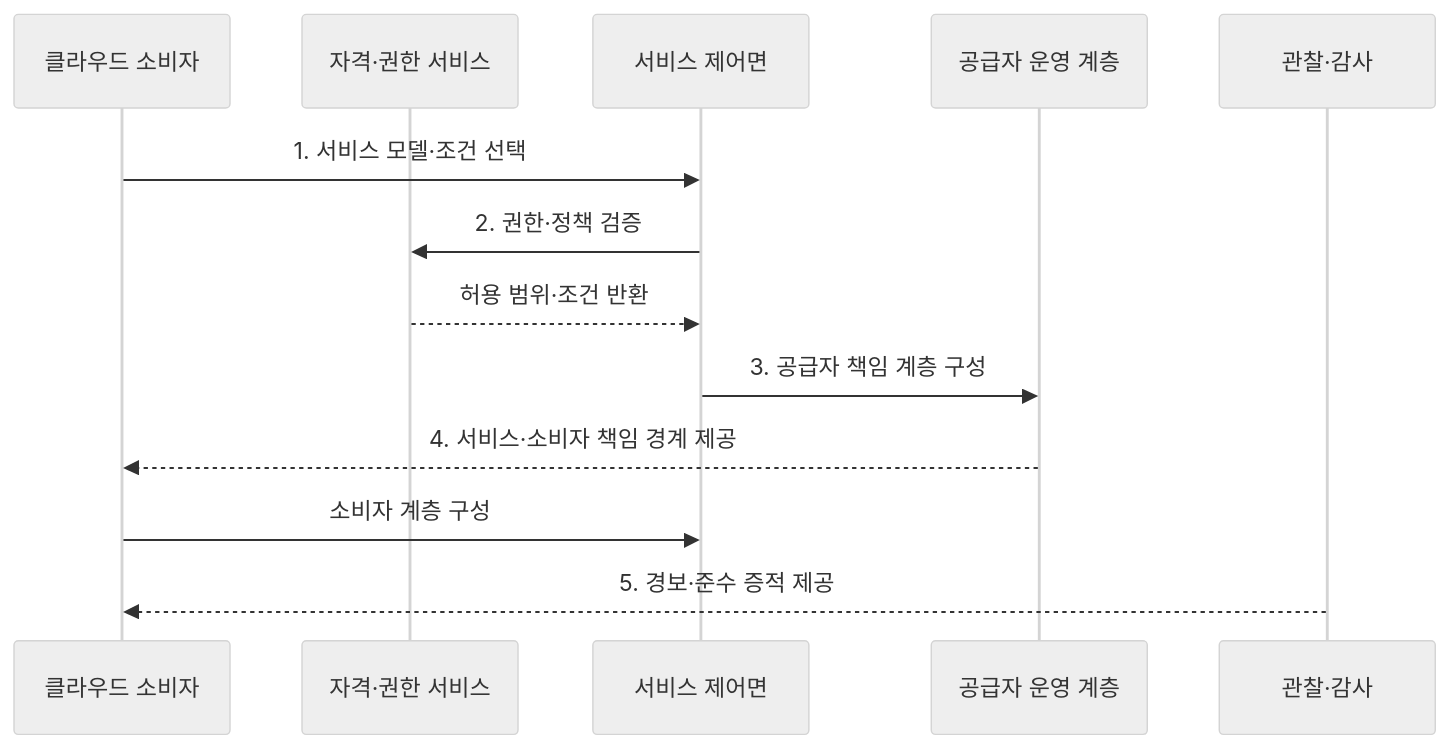
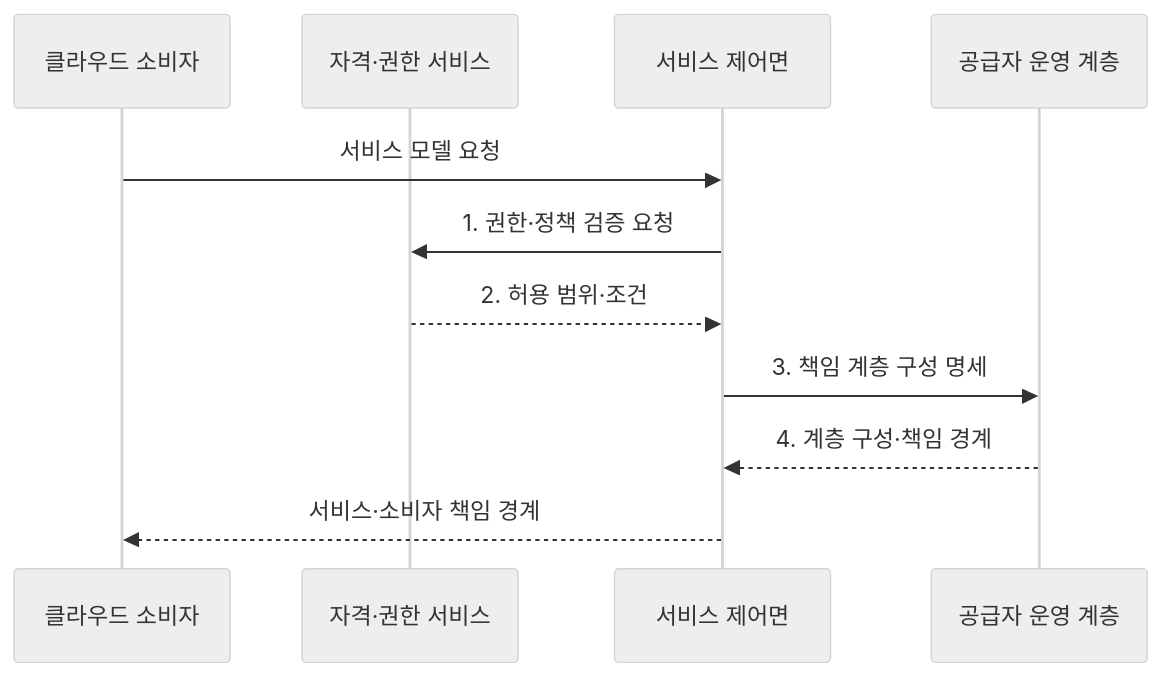
The second of 2 diagrams in src/content/docs/notes/03-software/141_cloud_service_models.md (agnusdei1207/knowledge-base), drawn with Mermaid (neutral theme) before and after one commit. The commit also changed other lines of this file and 20 other files, not shown here.

````diff
--- a/src/content/docs/notes/03-software/141_cloud_service_models.md
+++ b/src/content/docs/notes/03-software/141_cloud_service_models.md
@@ -81,15 +85,13 @@
 ```mermaid
 sequenceDiagram
     participant C as 클라우드 소비자
     participant I as 자격·권한 서비스
     participant P as 서비스 제어면
     participant R as 공급자 운영 계층
-    participant M as 관찰·감사
-    C->>P: 1. 서비스 모델·조건 선택
-    P->>I: 2. 권한·정책 검증
-    I-->>P: 허용 범위·조건 반환
-    P->>R: 3. 공급자 책임 계층 구성
-    R-->>C: 4. 서비스·소비자 책임 경계 제공
-    C->>P: 소비자 계층 구성
-    M-->>C: 5. 경보·준수 증적 제공
+    C->>P: 서비스 모델 요청
+    P->>I: 1. 권한·정책 검증 요청
+    I-->>P: 2. 허용 범위·조건
+    P->>R: 3. 책임 계층 구성 명세
+    R-->>P: 4. 계층 구성·책임 경계
+    P-->>C: 서비스·소비자 책임 경계
 ```
````
